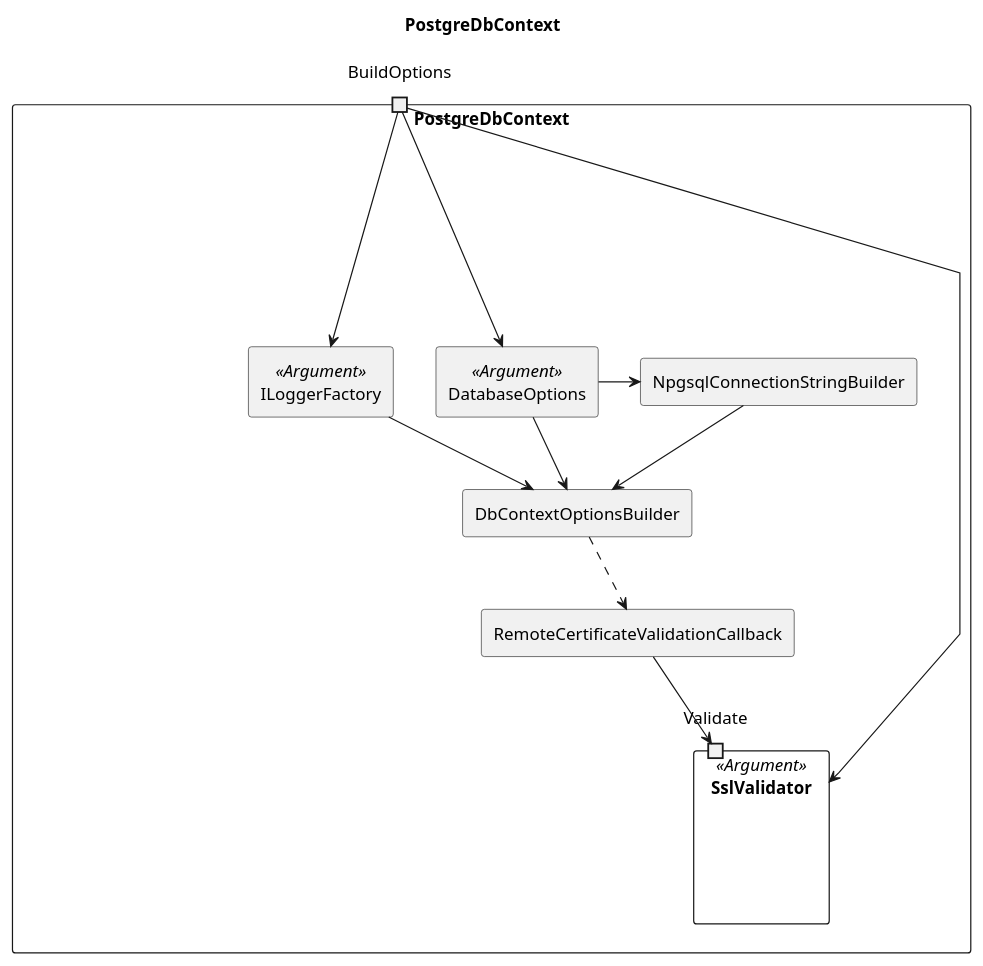
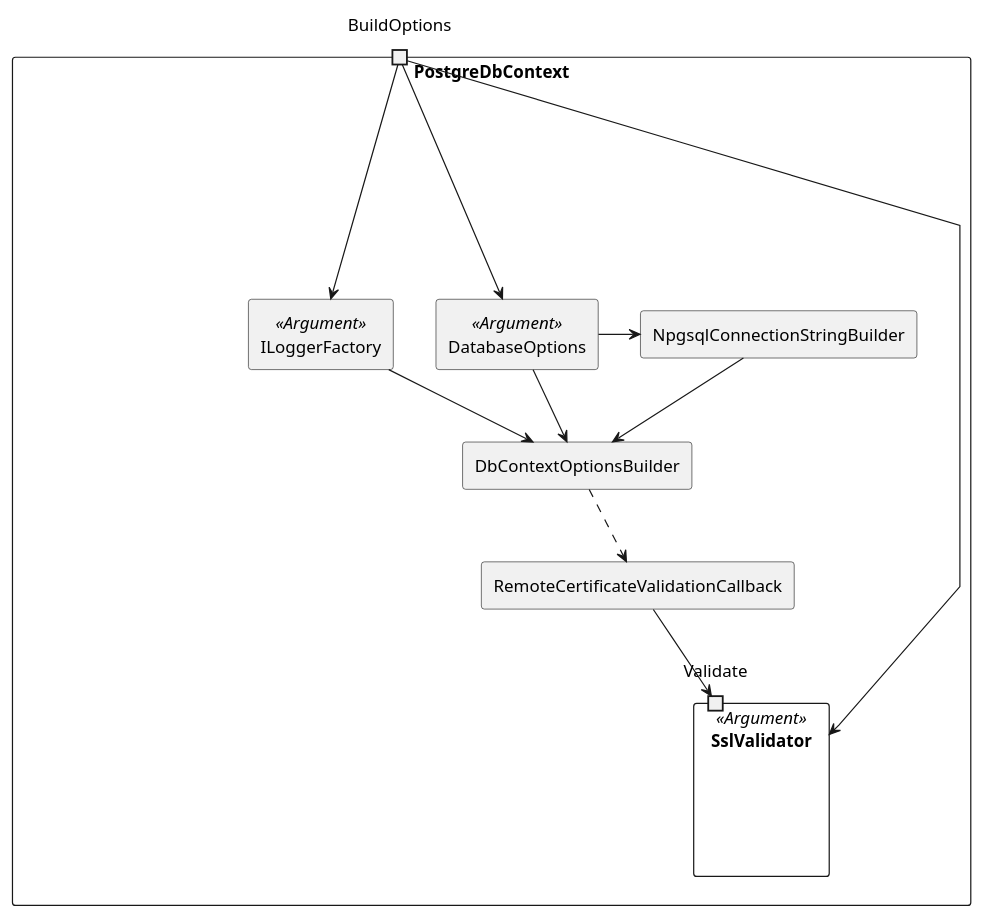
One commit to mrypdm/JobSystem changed the diagram in docs/diagrams/structure/Shared.Database.puml. Above: the diagram before and after it, drawn with PlantUML. The commit also changed 8 other files, not shown here.

```diff
--- a/docs/diagrams/structure/Shared.Database.puml
+++ b/docs/diagrams/structure/Shared.Database.puml
@@ -1,36 +1,34 @@
 @startuml PostgreDbContext
 skinparam componentStyle rectangle
 skinparam linetype polyline
-
-title PostgreDbContext
 
 component PostgreDbContext {
     portin BuildOptions
 
     component SslValidator << Argument >> {
         portin Validate
     }
 
     [DatabaseOptions] << Argument >>
     [ILoggerFactory] << Argument >>
 
     [DbContextOptionsBuilder]
 
     [NpgsqlConnectionStringBuilder]
 
     [RemoteCertificateValidationCallback]
 
     BuildOptions --> SslValidator
     BuildOptions --> DatabaseOptions
     BuildOptions --> ILoggerFactory
 
     ILoggerFactory --> DbContextOptionsBuilder
     DatabaseOptions -> NpgsqlConnectionStringBuilder
     DatabaseOptions -> DbContextOptionsBuilder
     NpgsqlConnectionStringBuilder --> DbContextOptionsBuilder
 
     DbContextOptionsBuilder ..> RemoteCertificateValidationCallback
     RemoteCertificateValidationCallback --> Validate
 }
 
 @enduml
```
